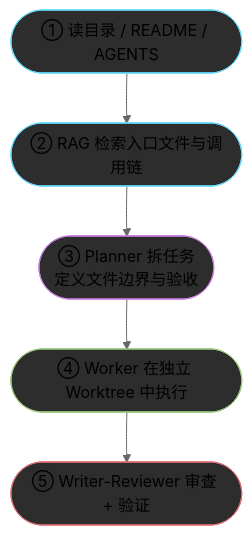
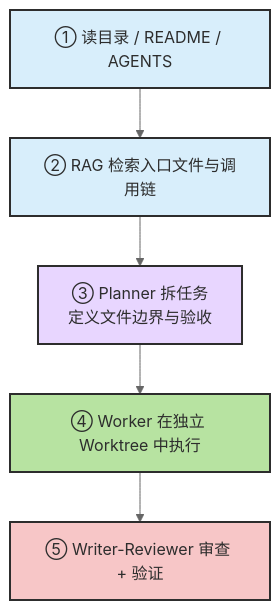
One commit to zht043/AgenticCodingTutorial changed the eighth of 10 diagrams in docs/chapters/ch11-design-patterns.md. Above: the diagram before and after it, drawn with Mermaid (neutral theme). The commit also changed other lines of this file and 26 other files, not shown here.

````diff
--- a/docs/chapters/ch11-design-patterns.md
+++ b/docs/chapters/ch11-design-patterns.md
@@ -365,15 +375,15 @@
 ```mermaid
 flowchart TB
-    classDef plan fill:#2d2d2d,stroke:#c678dd
-    classDef read fill:#2d2d2d,stroke:#61dafb
-    classDef exec fill:#2d2d2d,stroke:#98c379
-    classDef review fill:#2d2d2d,stroke:#e06c75
+    classDef plan fill:#e8d6ff,stroke:#2d2d2d,stroke-width:2px,color:#2d2d2d
+    classDef read fill:#d8eefb,stroke:#2d2d2d,stroke-width:2px,color:#2d2d2d
+    classDef exec fill:#b7e3a1,stroke:#2d2d2d,stroke-width:2px,color:#2d2d2d
+    classDef review fill:#f7c6c7,stroke:#2d2d2d,stroke-width:2px,color:#2d2d2d
 
-    S1(["① 读目录 / README / AGENTS"]):::read
-    S2(["② RAG 检索入口文件与调用链"]):::read
-    S3(["③ Planner 拆任务<br/>定义文件边界与验收"]):::plan
-    S4(["④ Worker 在独立 Worktree 中执行"]):::exec
-    S5(["⑤ Writer-Reviewer 审查 + 验证"]):::review
+    S1["① 读目录 / README / AGENTS"]:::read
+    S2["② RAG 检索入口文件与调用链"]:::read
+    S3["③ Planner 拆任务<br/>定义文件边界与验收"]:::plan
+    S4["④ Worker 在独立 Worktree 中执行"]:::exec
+    S5["⑤ Writer-Reviewer 审查 + 验证"]:::review
 
     S1 --> S2 --> S3 --> S4 --> S5
 ```
````
